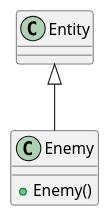
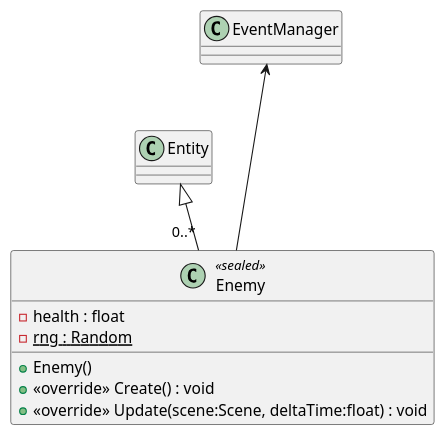
One commit to Ruby1405/PaceInvaders changed the diagram in plantuml/Enemy.puml. Above: the diagram before and after it, drawn with PlantUML. The commit also changed 28 other files, not shown here.

Commit message:
mostly diagram progress

```diff
--- a/plantuml/Enemy.puml
+++ b/plantuml/Enemy.puml
@@ -1,6 +1,11 @@
 @startuml
-class Enemy {
+class Enemy <<sealed>> {
+    - health : float
+    - {static} rng : Random
     + Enemy()
+    + <<override>> Create() : void
+    + <<override>> Update(scene:Scene, deltaTime:float) : void
 }
-Entity <|-- Enemy
+Entity <|-- "0..*" Enemy
+EventManager <--- Enemy
 @enduml
```
